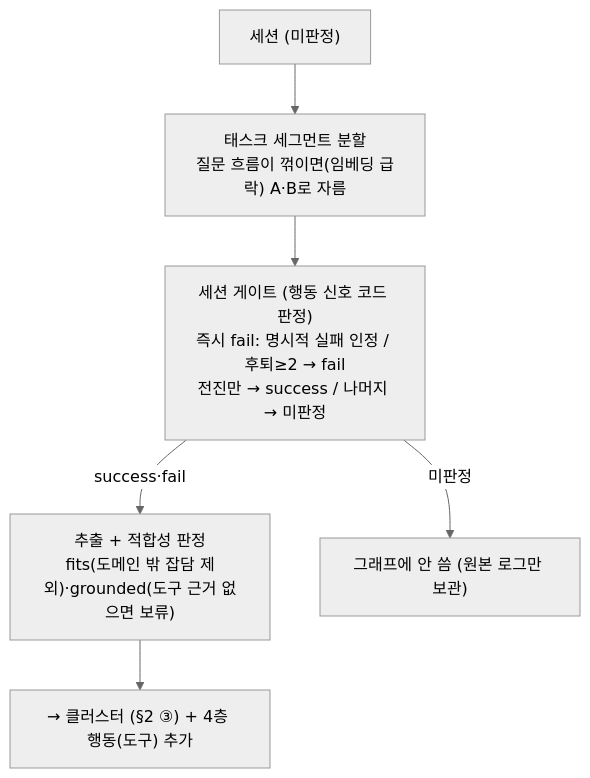
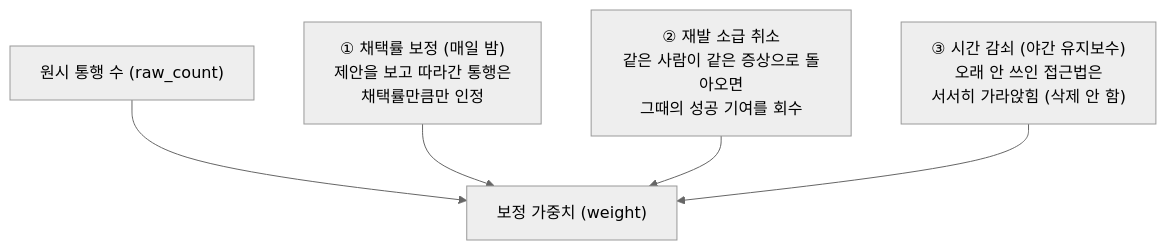
The ninth of 11 diagrams in docs/plan.md (catinbox276/graph-search-chat), drawn with Mermaid (neutral theme) before and after one commit. The commit also changed other lines of this file and 4 other files, not shown here.

````diff
--- a/docs/plan.md
+++ b/docs/plan.md
@@ -163,8 +347,7 @@
 ```mermaid
 flowchart TB
-    S["세션 (미판정)"] --> SEG["태스크 세그먼트 분할<br/>질문 흐름이 꺾이면(임베딩 급락) A·B로 자름"]
-    SEG --> GATE["세션 게이트 (행동 신호 코드 판정)<br/>즉시 fail: 명시적 실패 인정 / 후퇴≥2 → fail<br/>전진만 → success / 나머지 → 미판정"]
-    GATE -->|"success·fail"| EX["추출 + 적합성 판정<br/>fits(도메인 밖 잡담 제외)·grounded(도구 근거 없으면 보류)"]
-    GATE -->|미판정| DROP["그래프에 안 씀 (원본 로그만 보관)"]
-    EX --> CL["→ 클러스터 (§2 ③) + 4층 행동(도구) 추가"]
+    RAW["원시 통행 수 (raw_count)"] --> W["보정 가중치 (weight)"]
+    C1["① 채택률 보정 (매일 밤)<br/>제안을 보고 따라간 통행은<br/>채택률만큼만 인정"] --> W
+    C2["② 재발 소급 취소<br/>같은 사람이 같은 증상으로 돌아오면<br/>그때의 성공 기여를 회수"] --> W
+    C3["③ 시간 감쇠 (야간 유지보수)<br/>오래 안 쓰인 접근법은<br/>서서히 가라앉힘 (삭제 안 함)"] --> W
 ```
````
